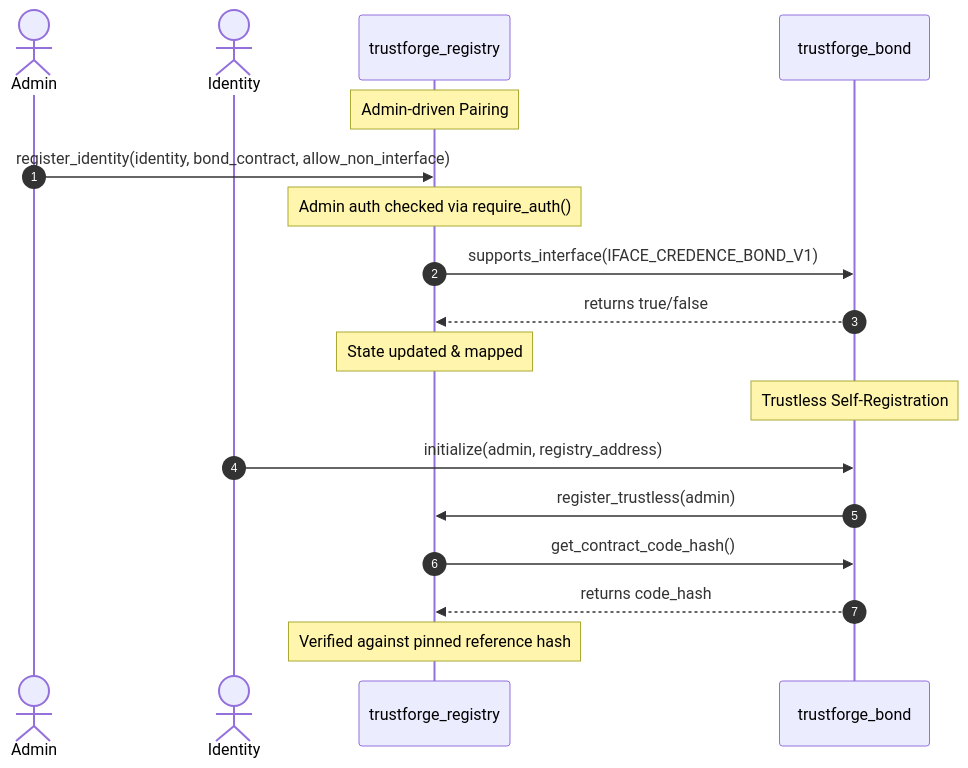
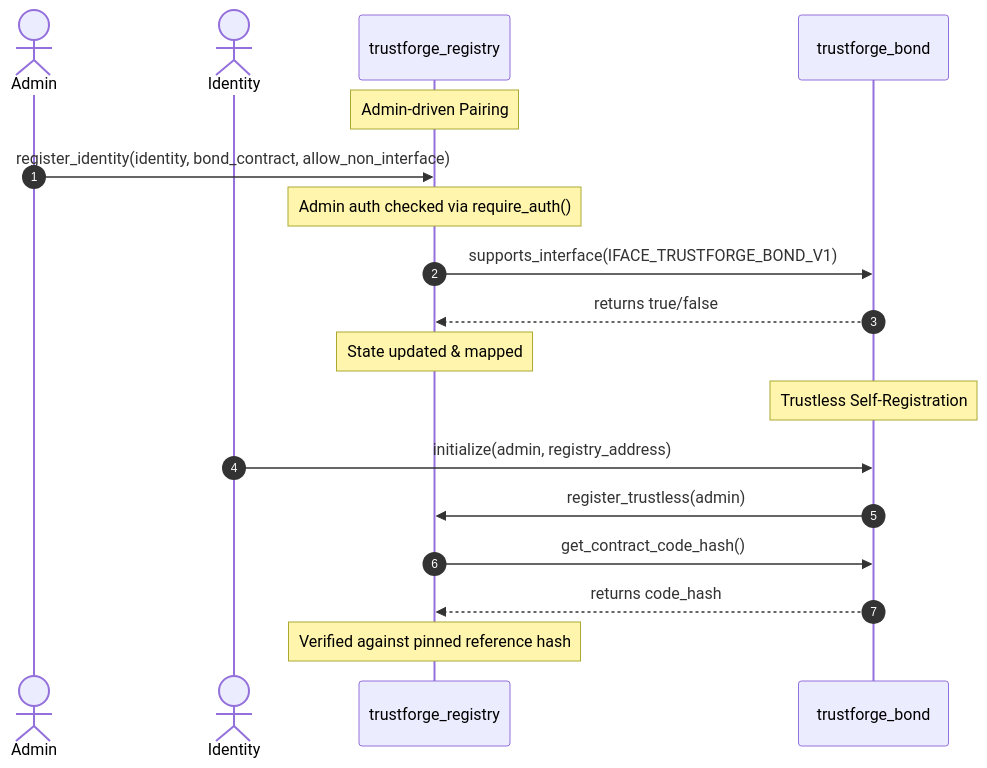
One commit to Softvaults/trustforge-contracts changed the second of 5 diagrams in docs/cross-contract-call-graph.md. Above: the diagram before and after it, drawn with Mermaid. The commit also changed other lines of this file and 219 other files, not shown here.

````diff
--- a/docs/cross-contract-call-graph.md
+++ b/docs/cross-contract-call-graph.md
@@ -68,22 +68,22 @@
 ```mermaid
 sequenceDiagram
     autonumber
     actor Admin
     actor Identity
     participant Registry as trustforge_registry
     participant Bond as trustforge_bond
 
     Note over Registry: Admin-driven Pairing
     Admin->>Registry: register_identity(identity, bond_contract, allow_non_interface)
     Note over Registry: Admin auth checked via require_auth()
-    Registry->>Bond: supports_interface(IFACE_CREDENCE_BOND_V1)
+    Registry->>Bond: supports_interface(IFACE_TRUSTFORGE_BOND_V1)
     Bond-->>Registry: returns true/false
     Note over Registry: State updated & mapped
 
     Note over Bond: Trustless Self-Registration
     Identity->>Bond: initialize(admin, registry_address)
     Bond->>Registry: register_trustless(admin)
     Registry->>Bond: get_contract_code_hash()
     Bond-->>Registry: returns code_hash
     Note over Registry: Verified against pinned reference hash
 ```
````
